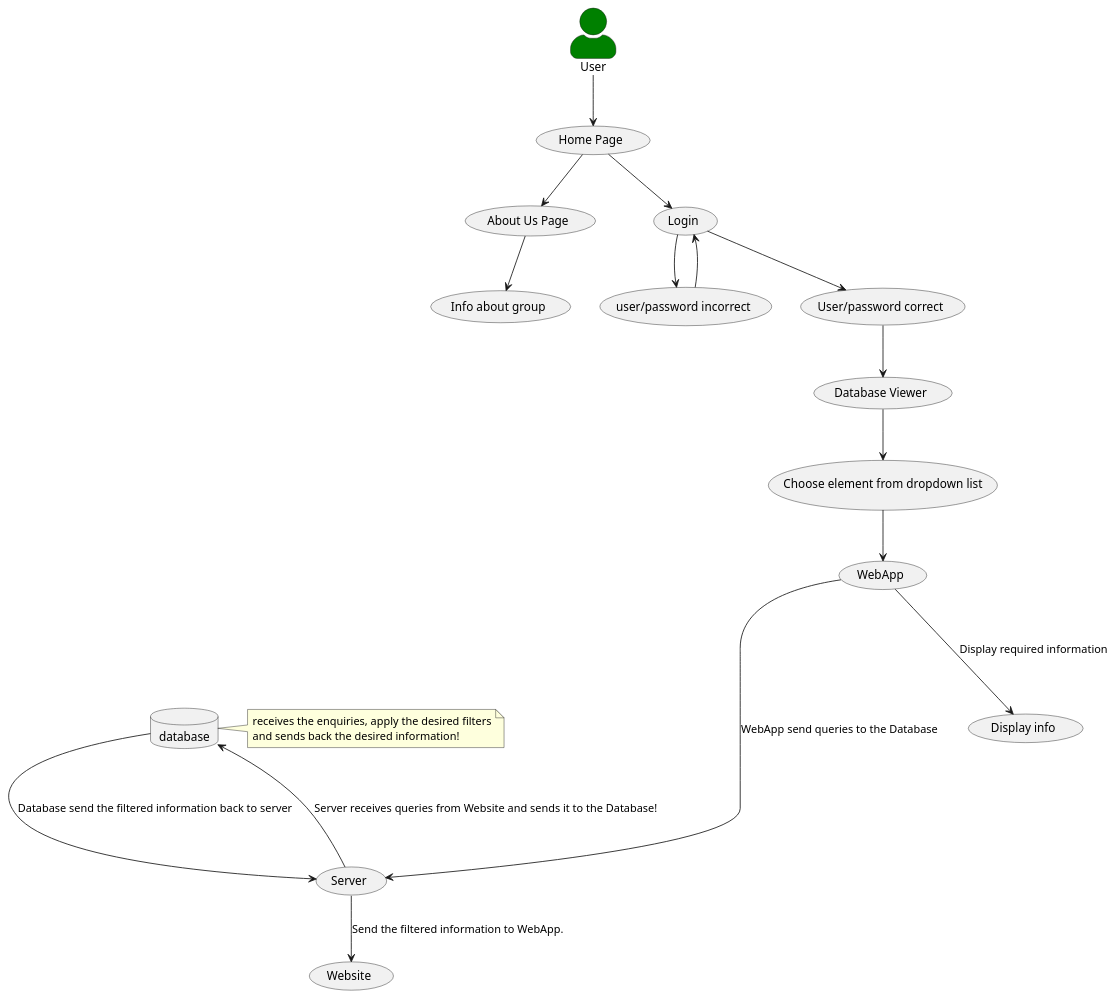
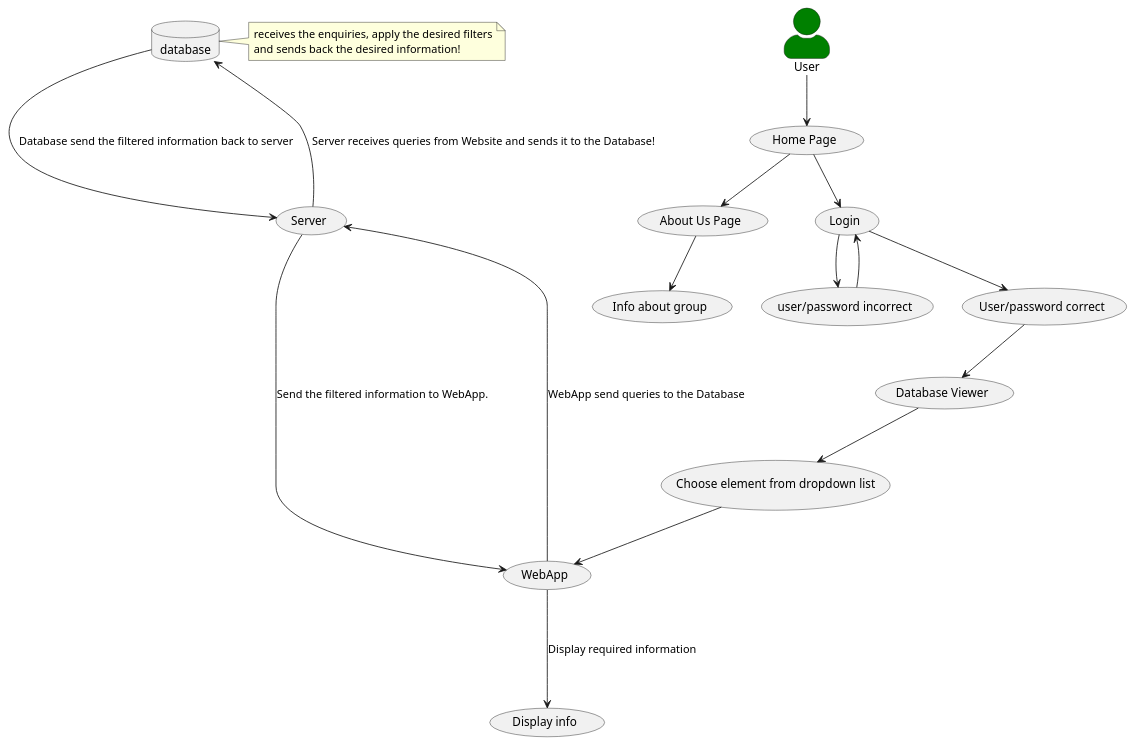
Before and after one commit to checkmate-group/coursework: the diagram in project_documents/user_cases/use_case.puml, drawn with PlantUML.

```diff
--- a/project_documents/user_cases/use_case.puml
+++ b/project_documents/user_cases/use_case.puml
@@ -1,34 +1,34 @@
 @startuml use-case
 'https://plantuml.com/use-case-diagram
 
 Database database
 
 skinparam actorStyle awesome
 actor User #green
 User--> (Home Page)
 (Home Page)-->(About Us Page)
 (About Us Page)-->(Info about group)
 (Home Page)-->(Login)
 (Login) --> (user/password incorrect)
 (user/password incorrect)--> (Login)
 (Login) --> (User/password correct)
 (User/password correct)-->(Database Viewer)
 (Database Viewer)-->(Choose element from dropdown list)
 (Choose element from dropdown list)-->(WebApp)
 (WebApp)----->(Server):WebApp send queries to the Database
 (Server)--->database:Server receives queries from Website and sends it to the Database!
 database-->(Server):Database send the filtered information back to server
-(Server)-->(Website):Send the filtered information to WebApp.
+(Server)-->(WebApp):Send the filtered information to WebApp.
 (WebApp)--->(Display info): Display required information
 
 
 
 
 
 note right of database
 receives the enquiries, apply the desired filters
 and sends back the desired information!
 end note
 
 
 @enduml
```
